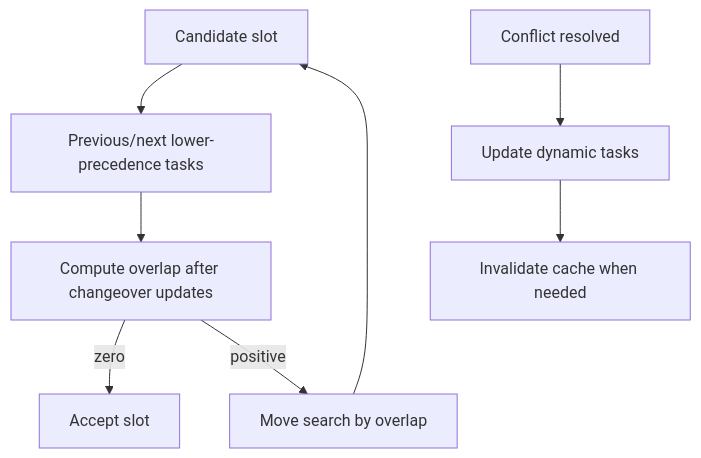
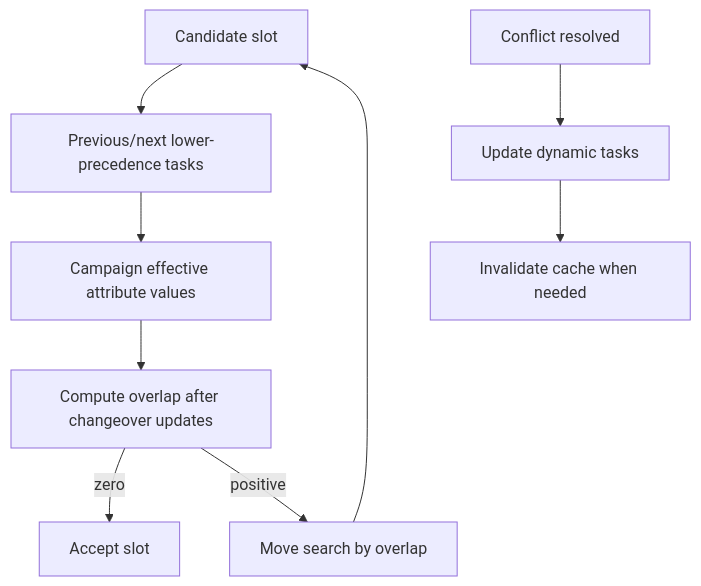
The diagram in Notes/Intelligen/Engineering/Domains/Scheduling Conflict Resolution.md (mtimoleon/notebook), drawn with Mermaid before and after one commit. The commit also changed other lines of this file and 10 other files, not shown here.

````diff
--- a/Notes/Intelligen/Engineering/Domains/Scheduling Conflict Resolution.md
+++ b/Notes/Intelligen/Engineering/Domains/Scheduling Conflict Resolution.md
@@ -32,10 +33,11 @@
 ```mermaid
 flowchart TD
     Slot["Candidate slot"] --> Neighbors["Previous/next lower-precedence tasks"]
-    Neighbors --> Overlap["Compute overlap after changeover updates"]
+    Neighbors --> Attrs["Campaign effective attribute values"]
+    Attrs --> Overlap["Compute overlap after changeover updates"]
     Overlap -->|zero| Accept["Accept slot"]
     Overlap -->|positive| Shift["Move search by overlap"]
     Shift --> Slot
     Resolve["Conflict resolved"] --> Dynamic["Update dynamic tasks"]
     Dynamic --> Cache["Invalidate cache when needed"]
 ```
````
